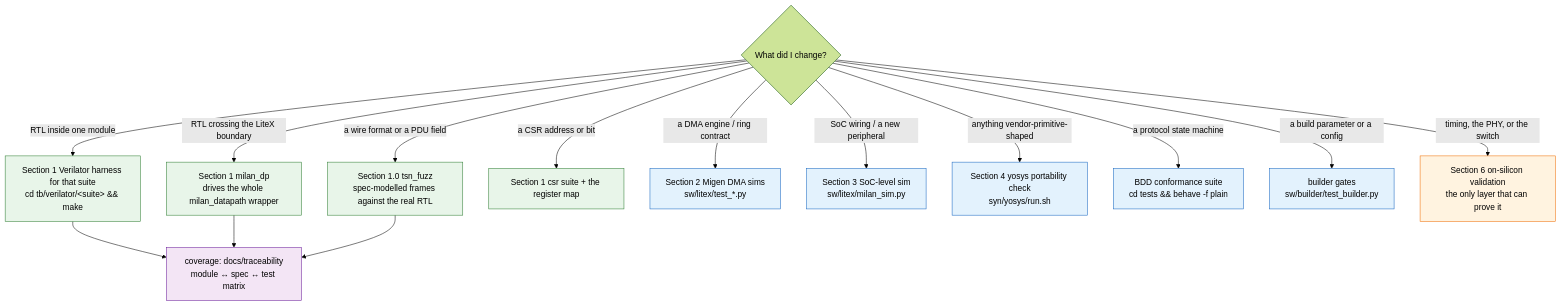
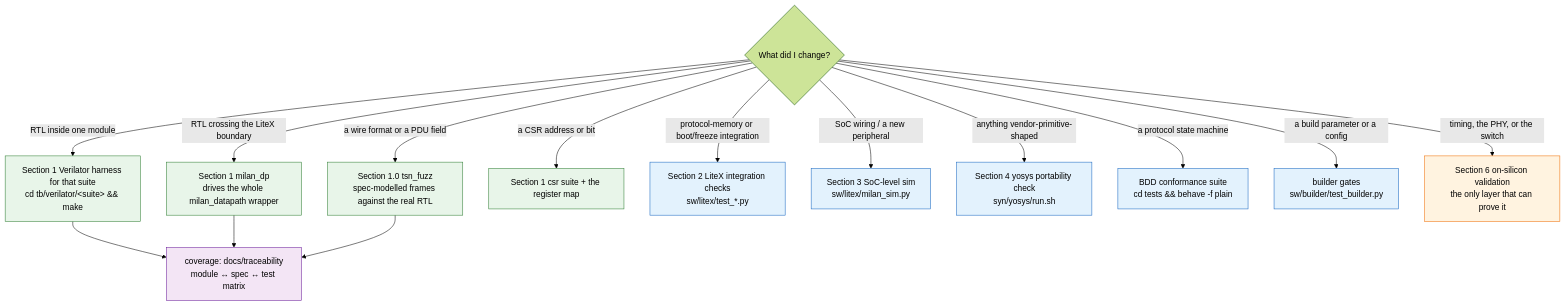
The diagram in docs/testing/TESTING.md (kebag-logic/milan-fpga), drawn with Mermaid (forest theme) before and after one commit. The commit also changed other lines of this file and 377 other files, not shown here.

````diff
--- a/docs/testing/TESTING.md
+++ b/docs/testing/TESTING.md
@@ -109,27 +110,27 @@
 ```mermaid
 flowchart TB
     Q{"What did I change?"}
     Q -->|"RTL inside one module"| V["Section 1 Verilator harness for that suite<br/>cd tb/verilator/&lt;suite&gt; && make"]
     Q -->|"RTL crossing the LiteX boundary"| DP["Section 1 milan_dp<br/>drives the whole milan_datapath wrapper"]
     Q -->|"a wire format or a PDU field"| FZ["Section 1.0 tsn_fuzz<br/>spec-modelled frames against the real RTL"]
     Q -->|"a CSR address or bit"| CSRT["Section 1 csr suite + the register map"]
-    Q -->|"a DMA engine / ring contract"| MG["Section 2 Migen DMA sims<br/>sw/litex/test_*.py"]
+    Q -->|"protocol-memory or boot/freeze integration"| MG["Section 2 LiteX integration checks<br/>sw/litex/test_*.py"]
     Q -->|"SoC wiring / a new peripheral"| SOC["Section 3 SoC-level sim<br/>sw/litex/milan_sim.py"]
     Q -->|"anything vendor-primitive-shaped"| YS["Section 4 yosys portability check<br/>syn/yosys/run.sh"]
     Q -->|"a protocol state machine"| BDD["BDD conformance suite<br/>cd tests && behave -f plain"]
     Q -->|"a build parameter or a config"| BLD["builder gates<br/>sw/builder/test_builder.py"]
     Q -->|"timing, the PHY, or the switch"| SIL["Section 6 on-silicon validation<br/>the only layer that can prove it"]
 
     V --> MTX["coverage: docs/traceability<br/>module ↔ spec ↔ test matrix"]
     DP --> MTX
     FZ --> MTX
 
     classDef sim fill:#E8F5E9,stroke:#2E7D32
-    classDef host fill:#E3F2FD,stroke:#1565C0
+    classDef tools fill:#E3F2FD,stroke:#1565C0
     classDef silc fill:#FFF3E0,stroke:#EF6C00
     classDef meta fill:#F3E5F5,stroke:#6A1B9A
     class V,DP,FZ,CSRT sim
-    class MG,SOC,YS,BDD,BLD host
+    class MG,SOC,YS,BDD,BLD tools
     class SIL silc
     class MTX meta
 ```
````
